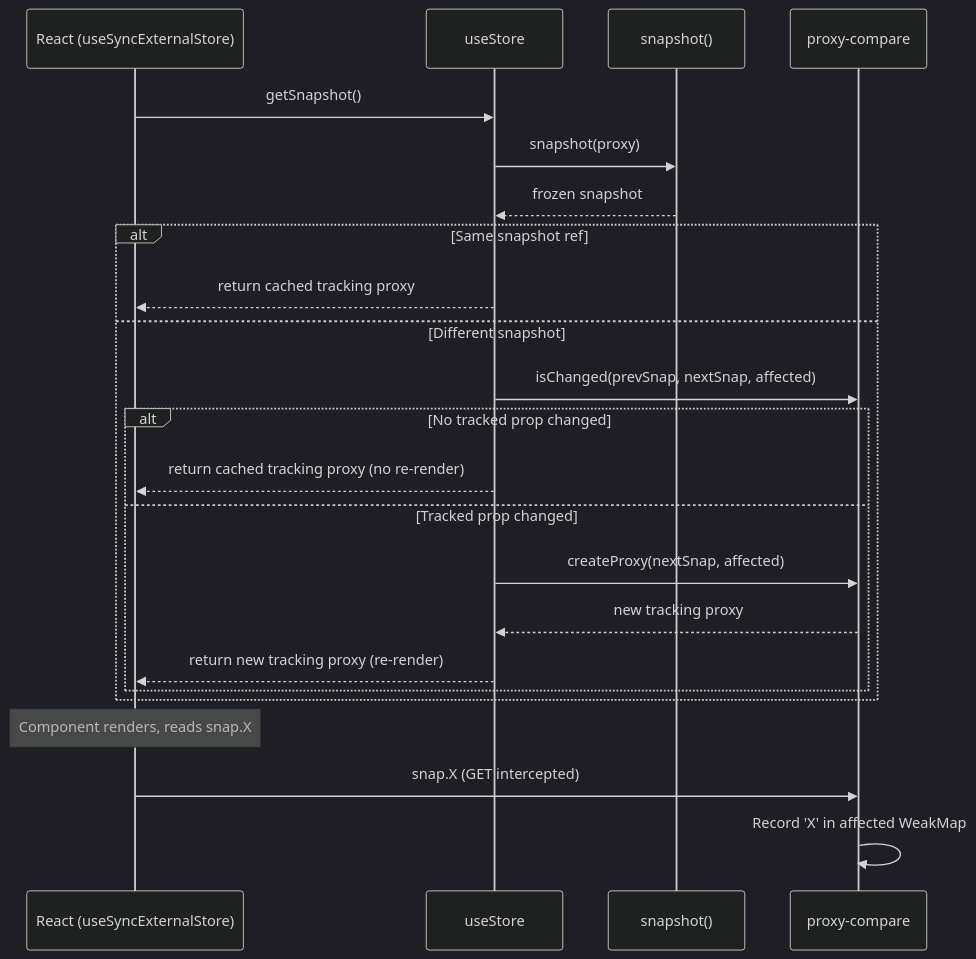
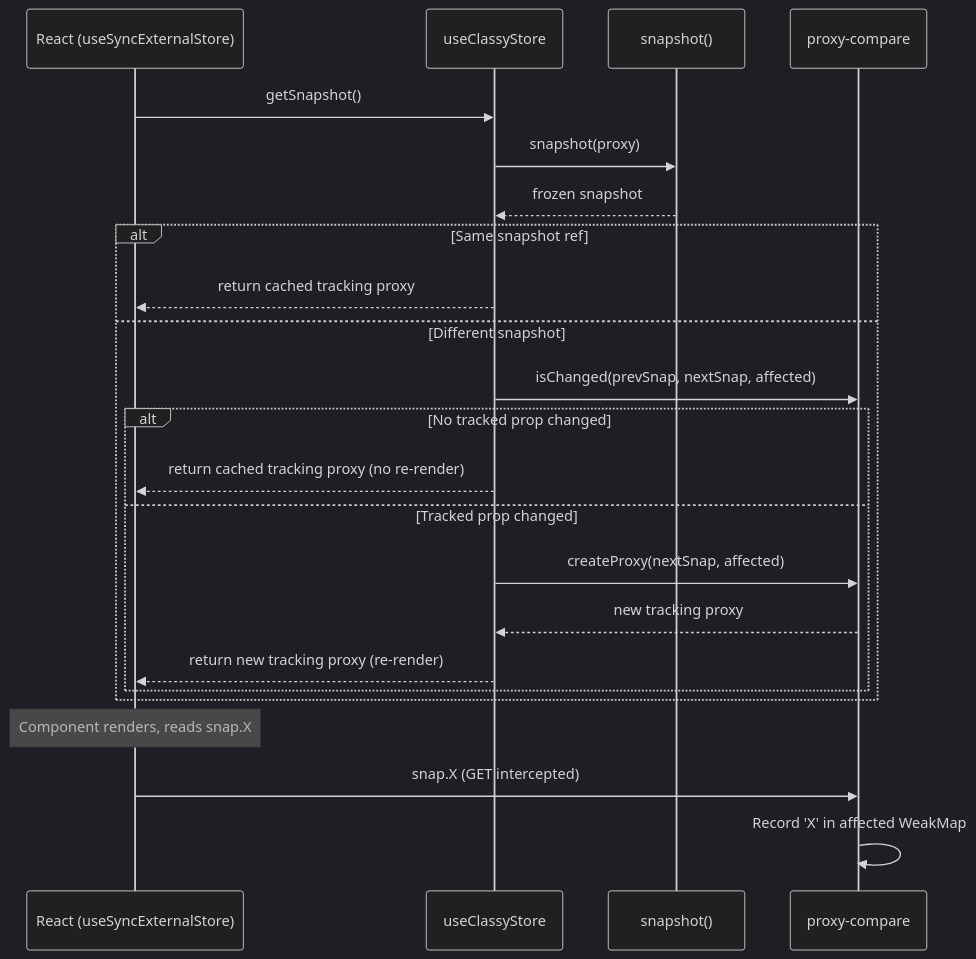
One commit to codeBelt/classy-store changed the eighth of 9 diagrams in website/docs/ARCHITECTURE.md. Above: the diagram before and after it, drawn with Mermaid (dark theme). The commit also changed other lines of this file and 50 other files, not shown here.

Commit message:
refactor: rename `useStore` to `useClassyStore` (#20)

````diff
--- a/website/docs/ARCHITECTURE.md
+++ b/website/docs/ARCHITECTURE.md
@@ -381,28 +381,28 @@
 ```mermaid
 sequenceDiagram
   participant React as React (useSyncExternalStore)
-  participant Hook as useStore
+  participant Hook as useClassyStore
   participant Snap as snapshot()
   participant PC as proxy-compare
 
   React->>Hook: getSnapshot()
   Hook->>Snap: snapshot(proxy)
   Snap-->>Hook: frozen snapshot
 
   alt Same snapshot ref
     Hook-->>React: return cached tracking proxy
   else Different snapshot
     Hook->>PC: isChanged(prevSnap, nextSnap, affected)
     alt No tracked prop changed
       Hook-->>React: return cached tracking proxy (no re-render)
     else Tracked prop changed
       Hook->>PC: createProxy(nextSnap, affected)
       PC-->>Hook: new tracking proxy
       Hook-->>React: return new tracking proxy (re-render)
     end
   end
 
   Note over React: Component renders, reads snap.X
   React->>PC: snap.X (GET intercepted)
   PC->>PC: Record 'X' in affected WeakMap
 ```
````
